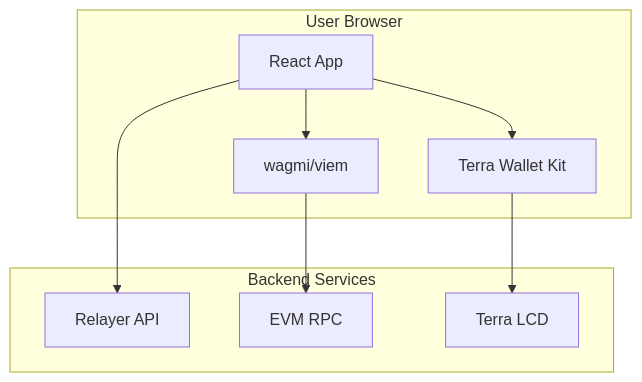
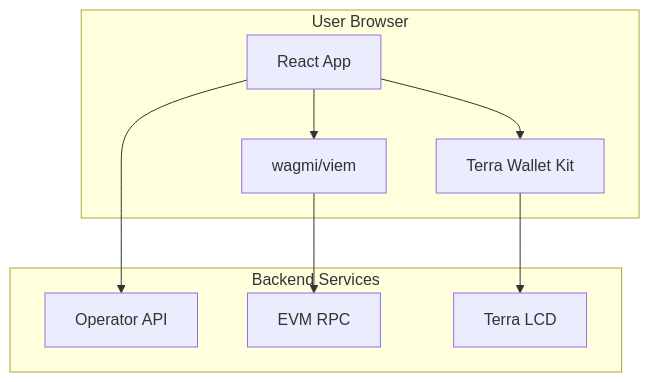
The diagram in docs/frontend.md (PlasticDigits/cl8y-bridge-monorepo), drawn with Mermaid before and after one commit. The commit also changed other lines of this file and 130 other files, not shown here.

````diff
--- a/docs/frontend.md
+++ b/docs/frontend.md
@@ -9,20 +9,20 @@
 ```mermaid
 flowchart TB
     subgraph Browser[User Browser]
         UI[React App]
         Wagmi[wagmi/viem]
         TerraWallet[Terra Wallet Kit]
     end
 
     subgraph Backend[Backend Services]
-        API[Relayer API]
+        API[Operator API]
         EVM[EVM RPC]
         Terra[Terra LCD]
     end
 
     UI --> Wagmi
     UI --> TerraWallet
     Wagmi --> EVM
     TerraWallet --> Terra
     UI --> API
 ```
````
